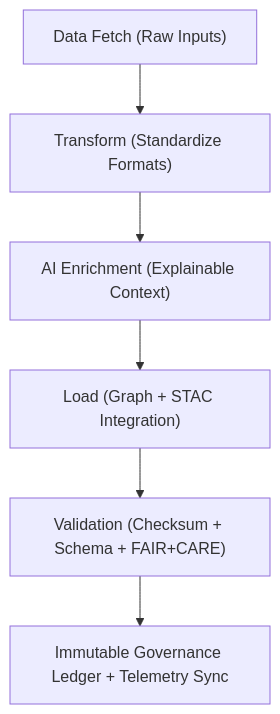
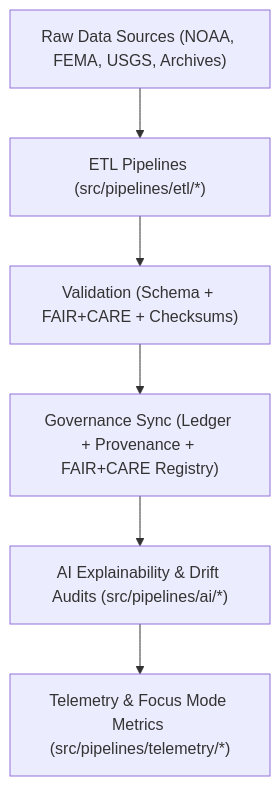
The diagram in src/pipelines/README.md (bartytime4life/Kansas-Frontier-Matrix), drawn with Mermaid before and after one commit. The commit also changed other lines of this file, not shown here.

````diff
--- a/src/pipelines/README.md
+++ b/src/pipelines/README.md
@@ -136,8 +99,8 @@
 ```mermaid
 flowchart TD
-    A["Data Fetch (Raw Inputs)"] --> B["Transform (Standardize Formats)"]
-    B --> C["AI Enrichment (Explainable Context)"]
-    C --> D["Load (Graph + STAC Integration)"]
-    D --> E["Validation (Checksum + Schema + FAIR+CARE)"]
-    E --> F["Immutable Governance Ledger + Telemetry Sync"]
+    A["Raw Data Sources (NOAA, FEMA, USGS, Archives)"] --> B["ETL Pipelines (src/pipelines/etl/*)"]
+    B --> C["Validation (Schema + FAIR+CARE + Checksums)"]
+    C --> D["Governance Sync (Ledger + Provenance + FAIR+CARE Registry)"]
+    D --> E["AI Explainability & Drift Audits (src/pipelines/ai/*)"]
+    E --> F["Telemetry & Focus Mode Metrics (src/pipelines/telemetry/*)"]
 ```
````
